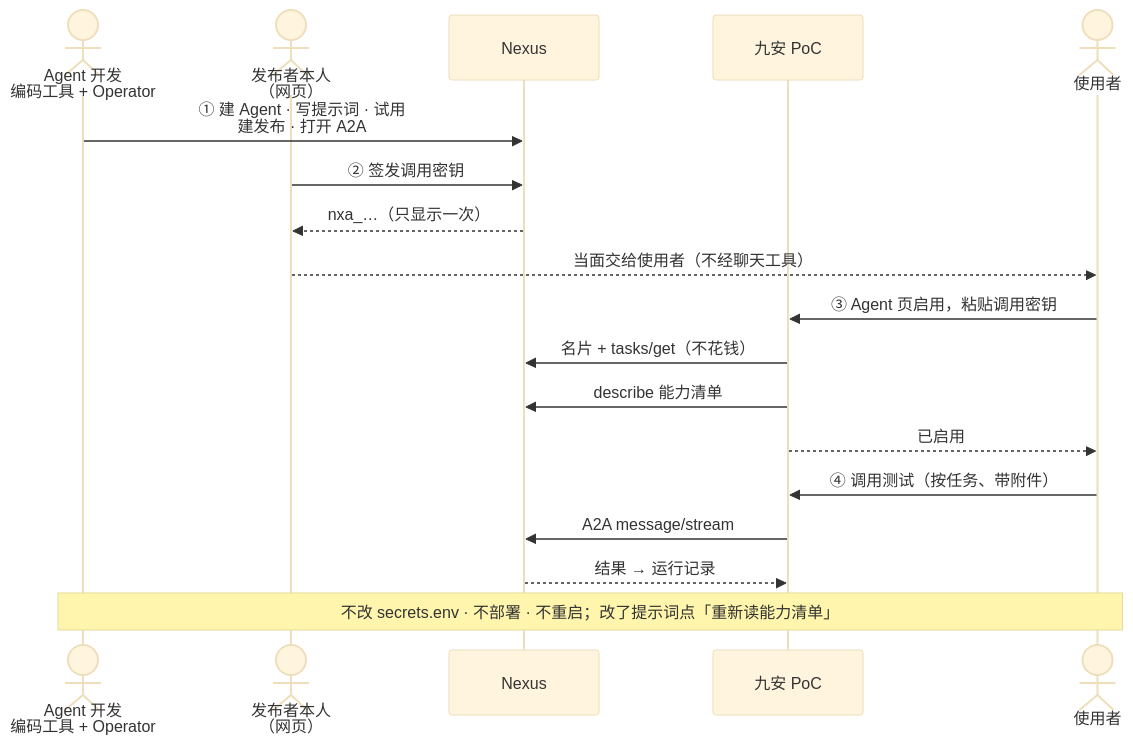
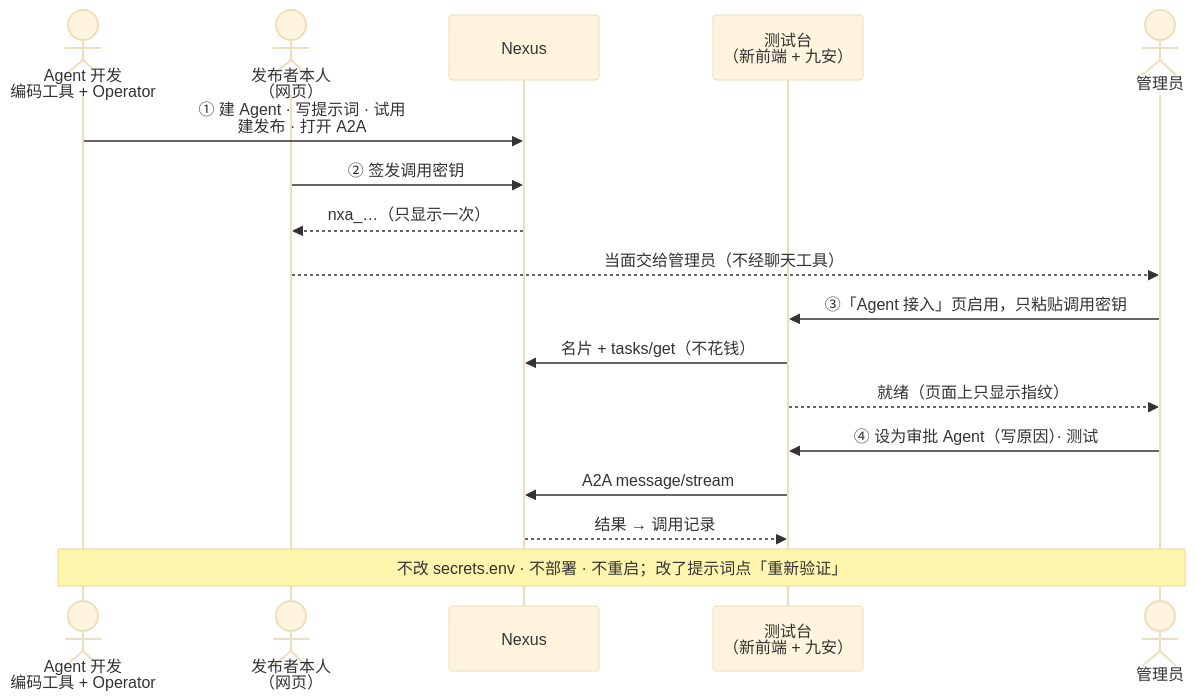
The diagram in docs/assets/diagrams/ops-onboard-agent.mmd (LiboMa/nexus-jiuan-agent-framework-poc), drawn with Mermaid (base theme) before and after one commit. The commit also changed 92 other files, not shown here.

```diff
--- a/docs/assets/diagrams/ops-onboard-agent.mmd
+++ b/docs/assets/diagrams/ops-onboard-agent.mmd
@@ -1,18 +1,17 @@
 sequenceDiagram
   actor Dev as Agent 开发<br/>编码工具 + Operator
   actor Owner as 发布者本人<br/>（网页）
   participant N as Nexus
-  participant App as 九安 PoC
-  actor User as 使用者
+  participant App as 测试台<br/>（新前端 + 九安）
+  actor Admin as 管理员
   Dev->>N: ① 建 Agent · 写提示词 · 试用<br/>建发布 · 打开 A2A
   Owner->>N: ② 签发调用密钥
   N-->>Owner: nxa_…（只显示一次）
-  Owner-->>User: 当面交给使用者（不经聊天工具）
-  User->>App: ③ Agent 页启用，粘贴调用密钥
+  Owner-->>Admin: 当面交给管理员（不经聊天工具）
+  Admin->>App: ③「Agent 接入」页启用，只粘贴调用密钥
   App->>N: 名片 + tasks/get（不花钱）
-  App->>N: describe 能力清单
-  App-->>User: 已启用
-  User->>App: ④ 调用测试（按任务、带附件）
+  App-->>Admin: 就绪（页面上只显示指纹）
+  Admin->>App: ④ 设为审批 Agent（写原因）· 测试
   App->>N: A2A message/stream
-  N-->>App: 结果 → 运行记录
-  Note over Dev,User: 不改 secrets.env · 不部署 · 不重启；改了提示词点「重新读能力清单」
+  N-->>App: 结果 → 调用记录
+  Note over Dev,Admin: 不改 secrets.env · 不部署 · 不重启；改了提示词点「重新验证」
```
